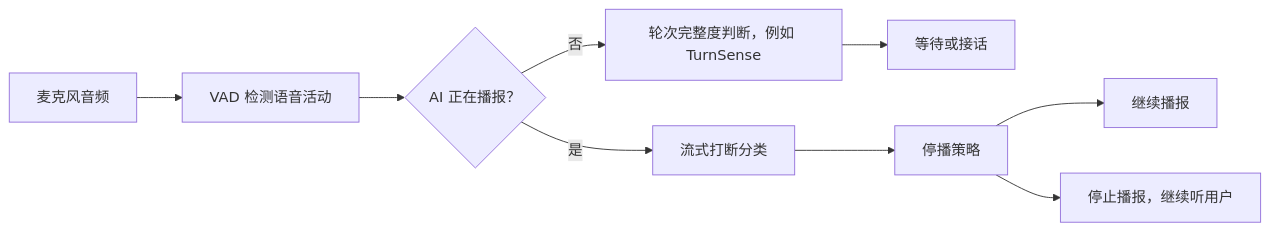
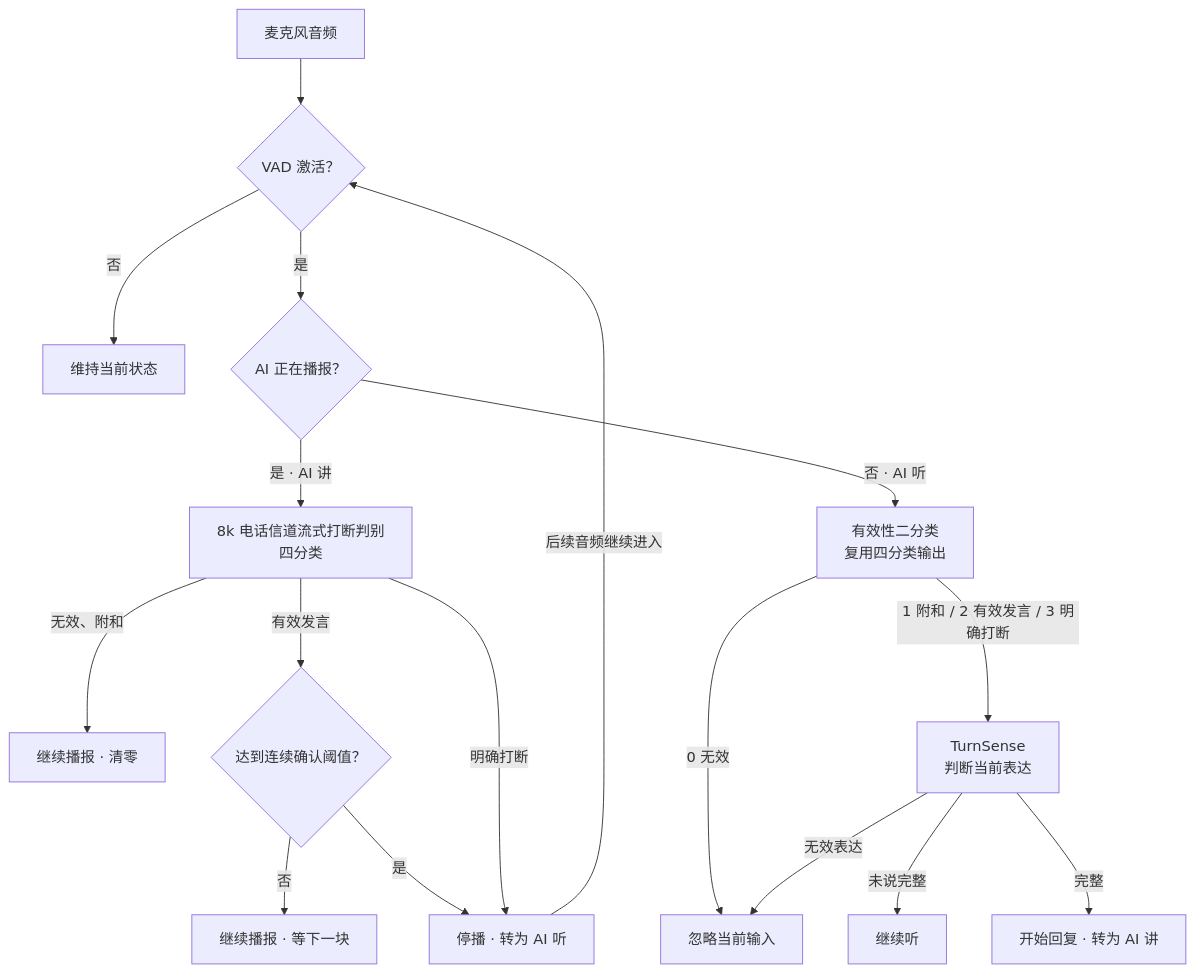
The diagram in README.md (EEexile/full-duplex-barge-in-demo), drawn with Mermaid before and after one commit. The commit also changed other lines of this file and 1 other file, not shown here.

Commit message:
Demo both full-duplex decision paths

````diff
--- a/README.md
+++ b/README.md
@@ -13,11 +13,21 @@
 ```mermaid
-flowchart LR
-    A["麦克风音频"] --> B["VAD 检测语音活动"]
-    B --> C{"AI 正在播报？"}
-    C -->|"否"| D["轮次完整度判断，例如 TurnSense"]
-    D --> E["等待或接话"]
-    C -->|"是"| F["流式打断分类"]
-    F --> G["停播策略"]
-    G --> H["继续播报"]
-    G --> I["停止播报，继续听用户"]
+flowchart TD
+    A["麦克风音频"] --> B{"VAD 激活？"}
+    B -->|"否"| X["维持当前状态"]
+    B -->|"是"| C{"AI 正在播报？"}
+
+    C -->|"是 · AI 讲"| D["8k 电话信道流式打断判别<br/>四分类"]
+    D -->|"无效、附和"| E["继续播报 · 清零"]
+    D -->|"有效发言"| F{"达到连续确认阈值？"}
+    F -->|"否"| E2["继续播报 · 等下一块"]
+    F -->|"是"| G["停播 · 转为 AI 听"]
+    D -->|"明确打断"| G
+
+    C -->|"否 · AI 听"| H["有效性二分类<br/>复用四分类输出"]
+    G -->|"后续音频继续进入"| B
+    H -->|"0 无效"| I["忽略当前输入"]
+    H -->|"1 附和 / 2 有效发言 / 3 明确打断"| J["TurnSense<br/>判断当前表达"]
+    J -->|"未说完整"| K["继续听"]
+    J -->|"完整"| L["开始回复 · 转为 AI 讲"]
+    J -->|"无效表达"| I
 ```
````
